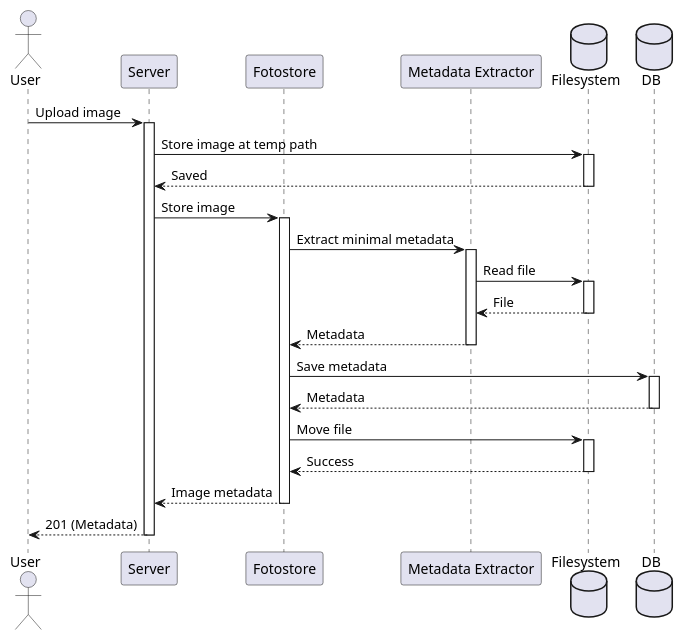
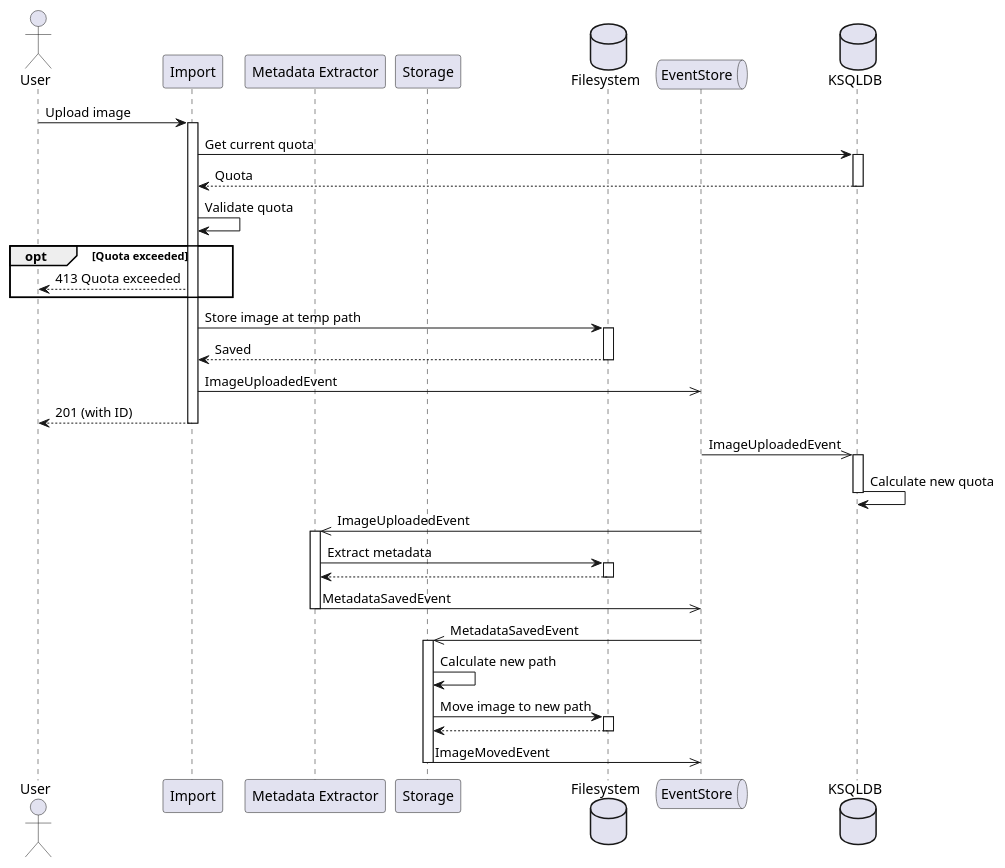
One commit to MaxMac99/photonic changed the diagram in docs/upload_image.puml. Above: the diagram before and after it, drawn with PlantUML. The commit also changed 128 other files, not shown here.

```diff
--- a/docs/upload_image.puml
+++ b/docs/upload_image.puml
@@ -1,29 +1,36 @@
 @startuml
 actor User
-participant Server
-participant Fotostore as ps
+participant "Import" as import
 participant "Metadata Extractor" as meta
+participant "Storage" as store
 database Filesystem as fs
-database DB as db
+queue EventStore as events
+database KSQLDB as ksql
 
-User -> Server++: Upload image
+User -> import++: Upload image
+import -> ksql++: Get current quota
+return Quota
+import -> import: Validate quota
+opt Quota exceeded
+    import --> User: 413 Quota exceeded
+end opt
+import -> fs++: Store image at temp path
+return Saved
+import ->> events: ImageUploadedEvent
+return 201 (with ID)
 
-Server -> fs++: Store image at temp path
-return Saved
-Server -> ps++: Store image
+events ->> ksql++: ImageUploadedEvent
+ksql -> ksql--: Calculate new quota
 
-ps -> meta++: Extract minimal metadata
-meta -> fs++: Read file
-return File
-return Metadata
+events ->> meta++: ImageUploadedEvent
+meta -> fs++: Extract metadata
+return
+meta ->> events--: MetadataSavedEvent
 
-ps -> db++: Save metadata
-return Metadata
-ps -> fs++: Move file
-return Success
-
-return Image metadata
-
-return 201 (Metadata)
+events ->> store++: MetadataSavedEvent
+store -> store: Calculate new path
+store -> fs++: Move image to new path
+return
+store ->> events--: ImageMovedEvent
 
 @enduml
```
